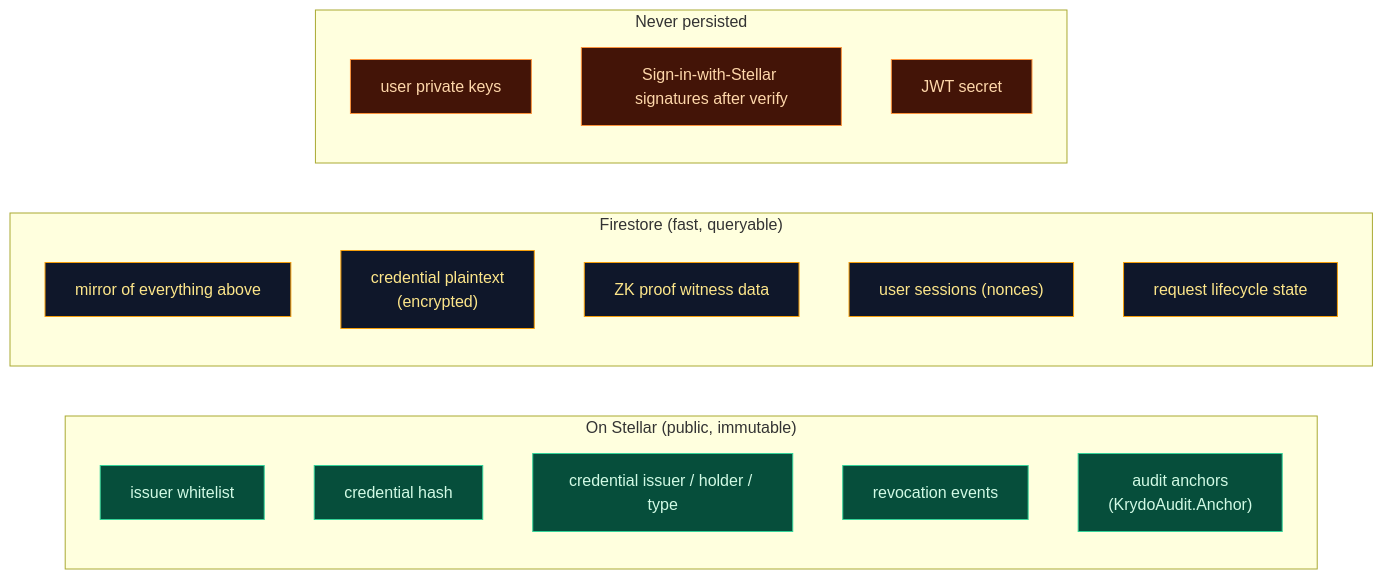
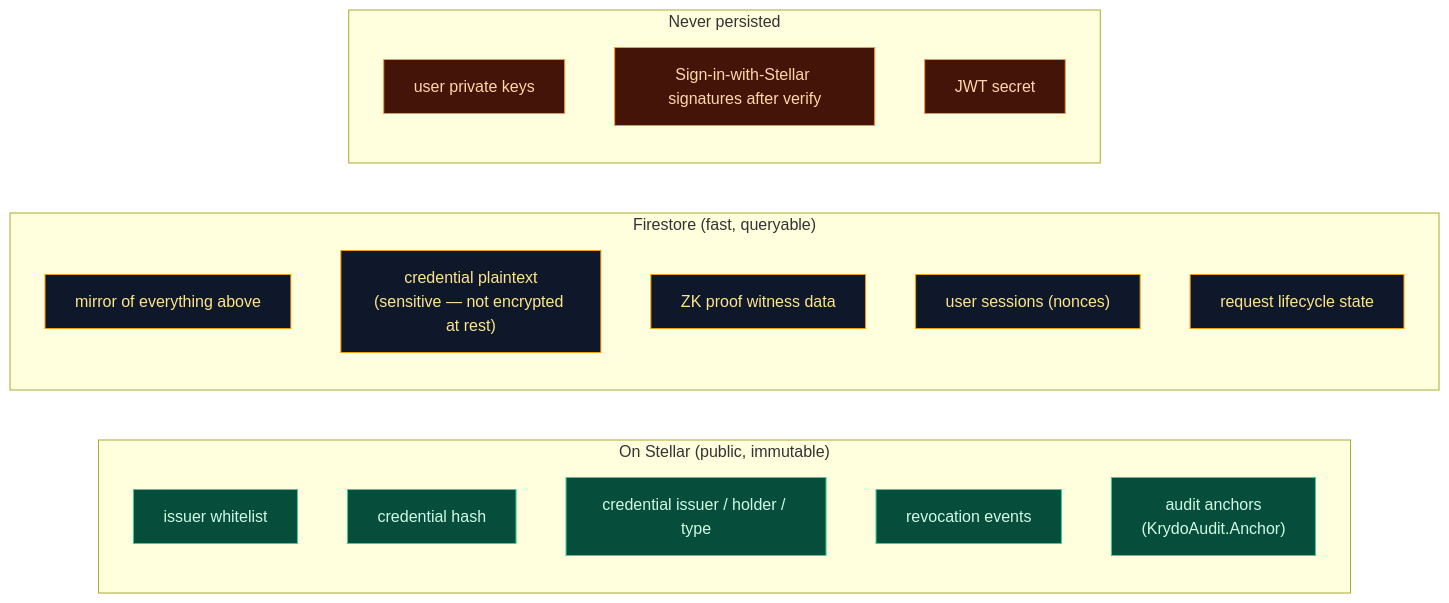
Before and after one commit to nishant-uxs/krydo-stellar: diagram 19 of 26 in DOCUMENTATION.md, drawn with Mermaid. The commit also changed other lines of this file and 2 other files, not shown here.

Commit message:
Align README and docs with wallet-signed Soroban flows.

````diff
--- a/DOCUMENTATION.md
+++ b/DOCUMENTATION.md
@@ -614,28 +617,28 @@
 ```mermaid
 flowchart LR
     subgraph Chain["On Stellar (public, immutable)"]
         C1["issuer whitelist"]
         C2["credential hash"]
         C3["credential issuer / holder / type"]
         C4["revocation events"]
         C5["audit anchors<br/>(KrydoAudit.Anchor)"]
     end
     subgraph DB["Firestore (fast, queryable)"]
         D1["mirror of everything above"]
-        D2["credential plaintext<br/>(encrypted)"]
+        D2["credential plaintext<br/>(sensitive — not encrypted at rest)"]
         D3["ZK proof witness data"]
         D4["user sessions (nonces)"]
         D5["request lifecycle state"]
     end
     subgraph Nowhere["Never persisted"]
         N1["user private keys"]
         N2["Sign-in-with-Stellar signatures after verify"]
         N3["JWT secret"]
     end
     classDef chain fill:#064e3b,stroke:#34d399,color:#d1fae5
     classDef db fill:#0f172a,stroke:#f59e0b,color:#fde68a
     classDef never fill:#431407,stroke:#fb923c,color:#fed7aa
     class C1,C2,C3,C4,C5 chain
     class D1,D2,D3,D4,D5 db
     class N1,N2,N3 never
 ```
````
